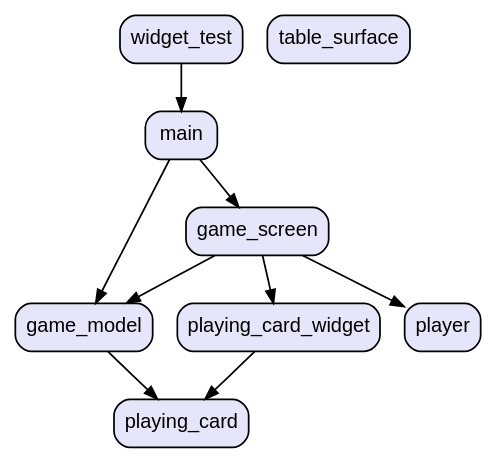
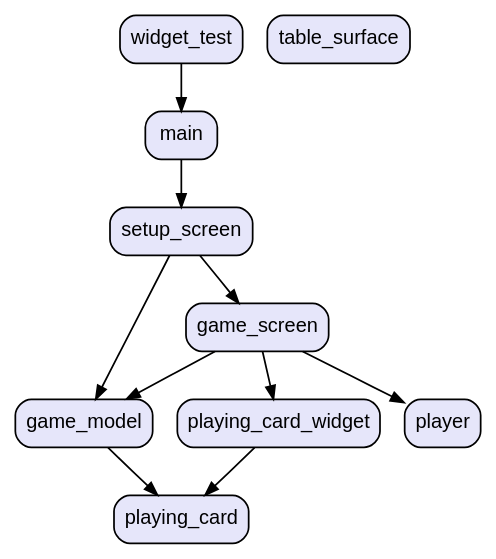
Before and after one commit to vteam-com/cards: the diagram in graph.dot, drawn with Graphviz. The commit also changed 2 other files, not shown here.

```diff
--- a/graph.dot
+++ b/graph.dot
@@ -1,21 +1,23 @@
 digraph "" {
   graph [style=rounded fontname="Arial Black" fontsize=13 penwidth=2.6];
   node [shape=rect style="filled,rounded" fontname=Arial fontsize=15 fillcolor=Lavender penwidth=1.3];
   edge [penwidth=1.3];
   "/lib/game_model.dart" [label="game_model"];
   "/lib/game_screen.dart" [label="game_screen"];
   "/lib/main.dart" [label="main"];
   "/lib/playing_card.dart" [label="playing_card"];
   "/lib/playing_card_widget.dart" [label="playing_card_widget"];
+  "/lib/setup_screen.dart" [label="setup_screen"];
   "/lib/widgets/player.dart" [label="player"];
   "/lib/widgets/table_surface.dart" [label="table_surface"];
   "/test/widget_test.dart" [label="widget_test"];
   "/lib/game_model.dart" -> "/lib/playing_card.dart";
   "/lib/game_screen.dart" -> "/lib/game_model.dart";
   "/lib/game_screen.dart" -> "/lib/widgets/player.dart";
   "/lib/game_screen.dart" -> "/lib/playing_card_widget.dart";
-  "/lib/main.dart" -> "/lib/game_model.dart";
-  "/lib/main.dart" -> "/lib/game_screen.dart";
+  "/lib/main.dart" -> "/lib/setup_screen.dart";
   "/lib/playing_card_widget.dart" -> "/lib/playing_card.dart";
+  "/lib/setup_screen.dart" -> "/lib/game_model.dart";
+  "/lib/setup_screen.dart" -> "/lib/game_screen.dart";
   "/test/widget_test.dart" -> "/lib/main.dart";
 }
```
